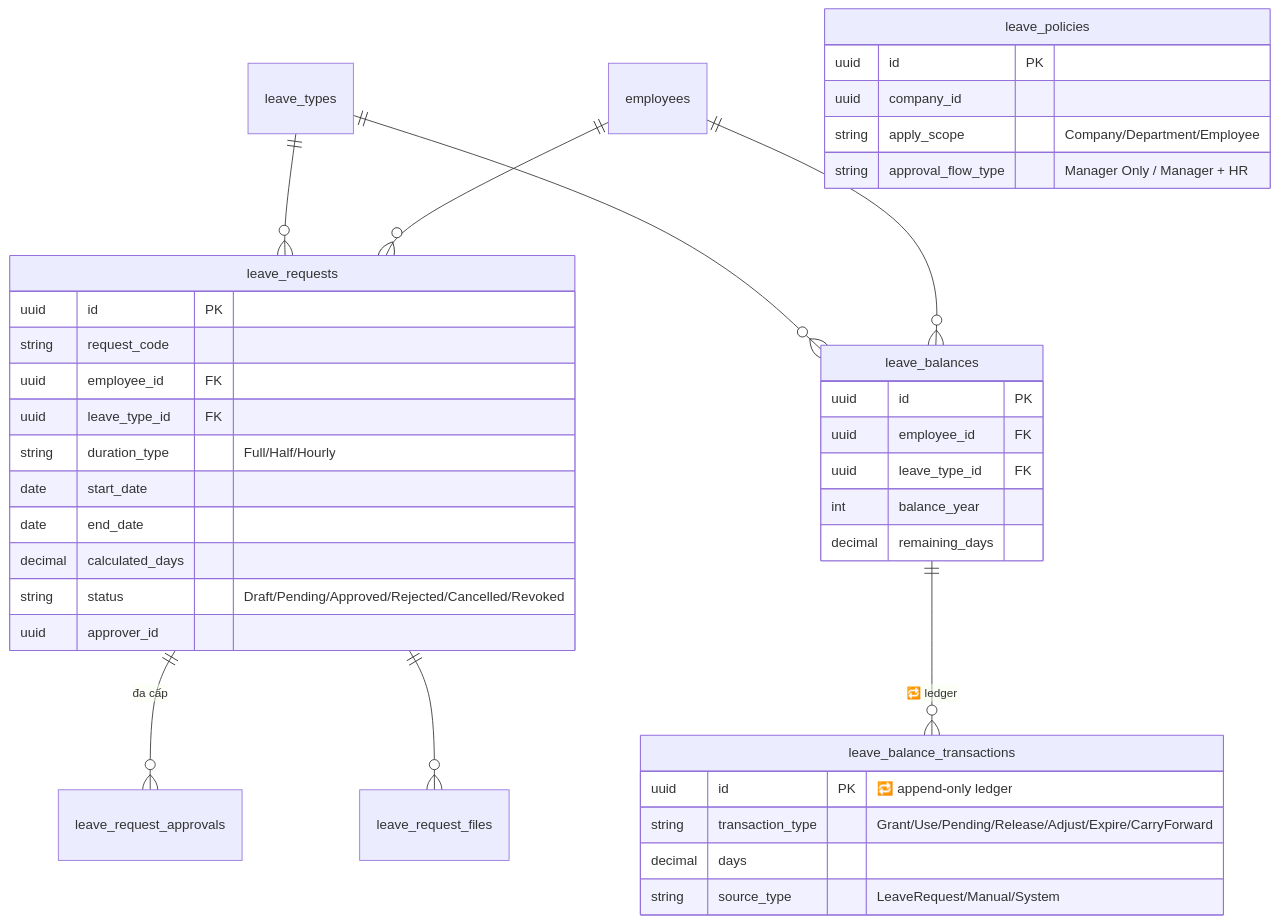
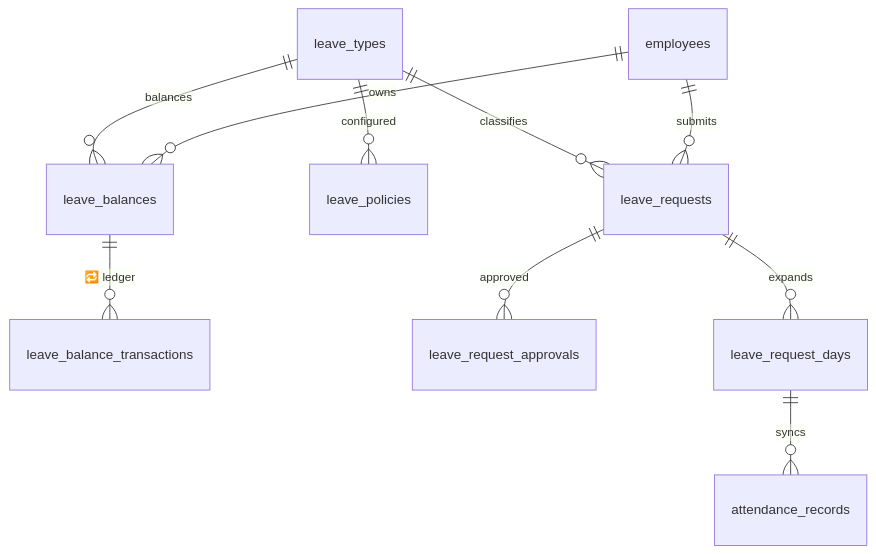
Before and after one commit to nguyencanhqk/mediaos: the sixth of 8 diagrams in docs/erd-current.md, drawn with Mermaid. The commit also changed other lines of this file and 3 other files, not shown here.

First line of the commit message:
docs: reconcile ERD + contracts to docs/DB standard

````diff
--- a/docs/erd-current.md
+++ b/docs/erd-current.md
@@ -179,42 +269,12 @@
 ```mermaid
 erDiagram
-    leave_types ||--o{ leave_requests : ""
-    leave_types ||--o{ leave_balances : ""
-    employees ||--o{ leave_requests : ""
-    employees ||--o{ leave_balances : ""
-    leave_requests ||--o{ leave_request_approvals : "đa cấp"
-    leave_requests ||--o{ leave_request_files : ""
+    leave_types ||--o{ leave_requests : classifies
+    leave_types ||--o{ leave_policies : configured
+    leave_types ||--o{ leave_balances : balances
+    employees ||--o{ leave_requests : submits
+    employees ||--o{ leave_balances : owns
     leave_balances ||--o{ leave_balance_transactions : "🔁 ledger"
-
-    leave_requests {
-        uuid id PK
-        string request_code
-        uuid employee_id FK
-        uuid leave_type_id FK
-        string duration_type "Full/Half/Hourly"
-        date start_date
-        date end_date
-        decimal calculated_days
-        string status "Draft/Pending/Approved/Rejected/Cancelled/Revoked"
-        uuid approver_id
-    }
-    leave_balances {
-        uuid id PK
-        uuid employee_id FK
-        uuid leave_type_id FK
-        int balance_year
-        decimal remaining_days
-    }
-    leave_balance_transactions {
-        uuid id PK "🔁 append-only ledger"
-        string transaction_type "Grant/Use/Pending/Release/Adjust/Expire/CarryForward"
-        decimal days
-        string source_type "LeaveRequest/Manual/System"
-    }
-    leave_policies {
-        uuid id PK
-        uuid company_id
-        string apply_scope "Company/Department/Employee"
-        string approval_flow_type "Manager Only / Manager + HR"
-    }
+    leave_requests ||--o{ leave_request_approvals : approved
+    leave_requests ||--o{ leave_request_days : expands
+    leave_request_days ||--o{ attendance_records : syncs
 ```
````
